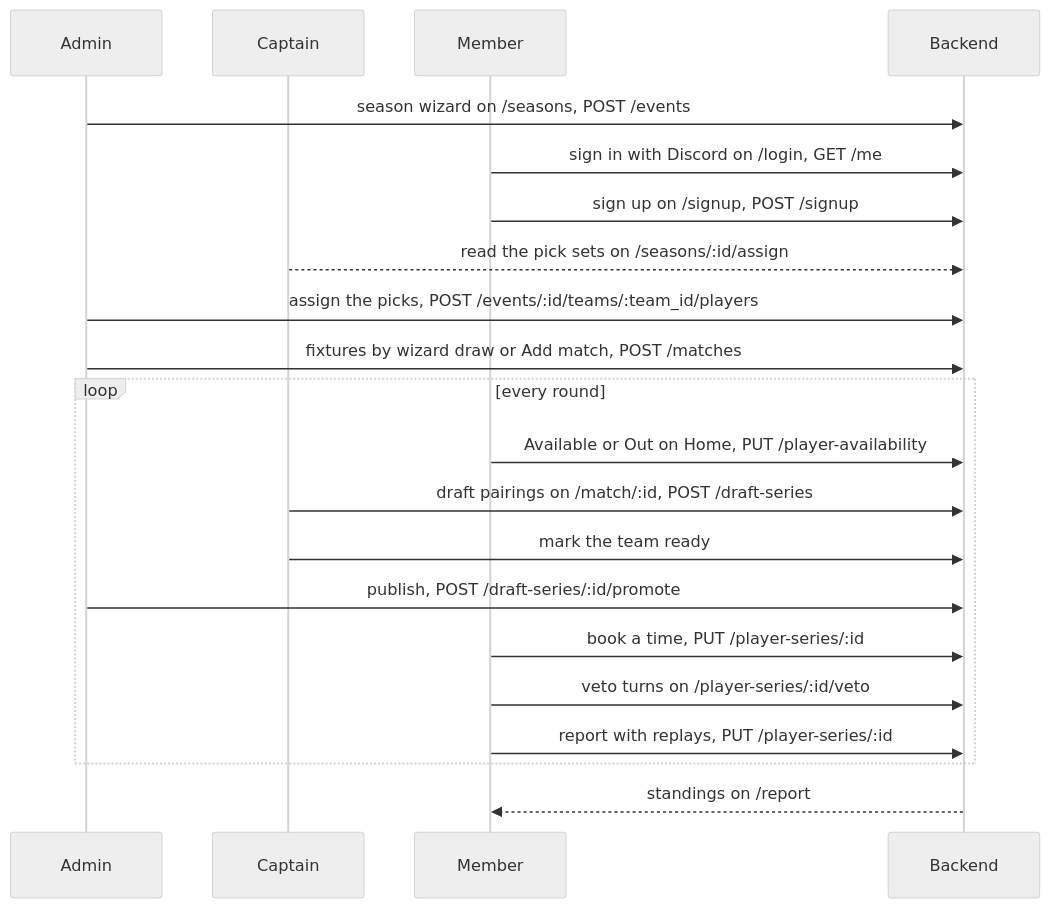
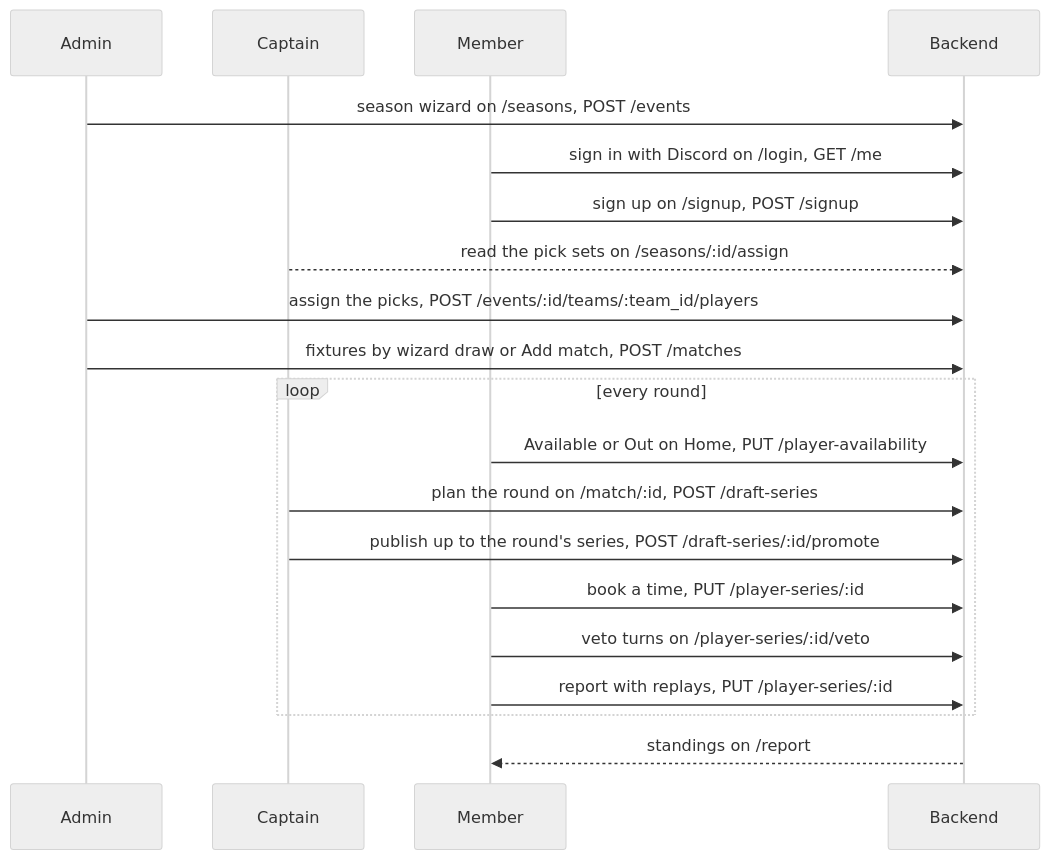
One commit to Warcraft-Gym/wc3-gym-frontend changed the diagram in docs/okf/flows/gnl-season-for-a-member.md. Above: the diagram before and after it, drawn with Mermaid (neutral theme). The commit also changed other lines of this file and 3 other files, not shown here.

First line of the commit message:
Point the GNL flows and the read costs at the round planner

````diff
--- a/docs/okf/flows/gnl-season-for-a-member.md
+++ b/docs/okf/flows/gnl-season-for-a-member.md
@@ -52,23 +52,22 @@
 ```mermaid
 sequenceDiagram
     participant Admin
     participant Captain
     participant Member
     participant Backend
     Admin->>Backend: season wizard on /seasons, POST /events
     Member->>Backend: sign in with Discord on /login, GET /me
     Member->>Backend: sign up on /signup, POST /signup
     Captain-->>Backend: read the pick sets on /seasons/:id/assign
     Admin->>Backend: assign the picks, POST /events/:id/teams/:team_id/players
     Admin->>Backend: fixtures by wizard draw or Add match, POST /matches
     loop every round
         Member->>Backend: Available or Out on Home, PUT /player-availability
-        Captain->>Backend: draft pairings on /match/:id, POST /draft-series
-        Captain->>Backend: mark the team ready
-        Admin->>Backend: publish, POST /draft-series/:id/promote
+        Captain->>Backend: plan the round on /match/:id, POST /draft-series
+        Captain->>Backend: publish up to the round's series, POST /draft-series/:id/promote
         Member->>Backend: book a time, PUT /player-series/:id
         Member->>Backend: veto turns on /player-series/:id/veto
         Member->>Backend: report with replays, PUT /player-series/:id
     end
     Backend-->>Member: standings on /report
 ```
````
